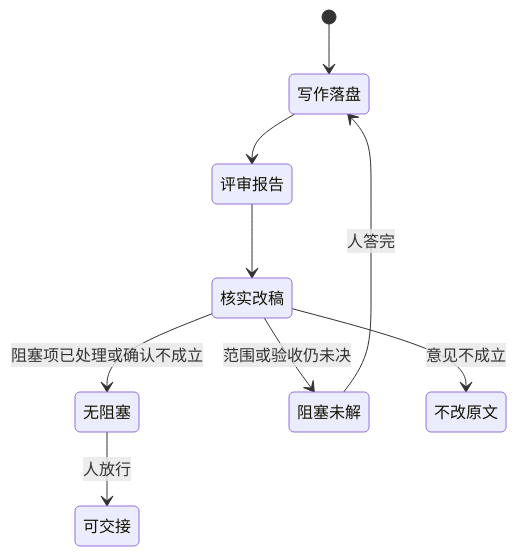
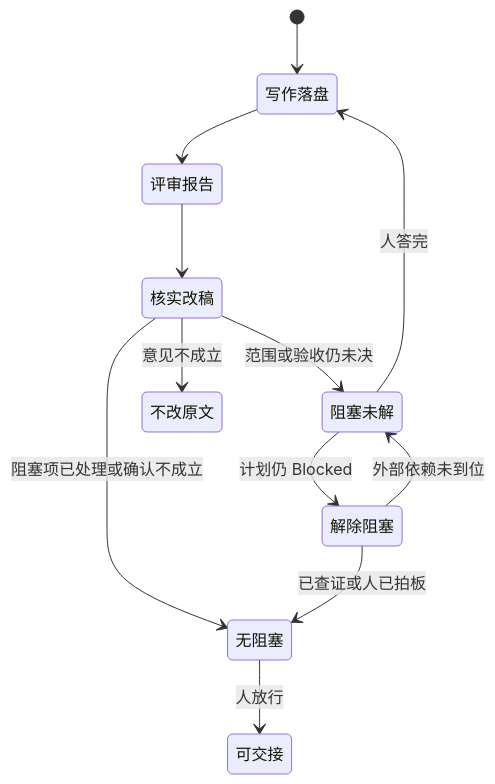
The diagram in docs/ai-native-sdlc.md (XGENT-ai/skills), drawn with Mermaid before and after one commit. The commit also changed other lines of this file and 12 other files, not shown here.

````diff
--- a/docs/ai-native-sdlc.md
+++ b/docs/ai-native-sdlc.md
@@ -43,11 +44,14 @@
 ```mermaid
 stateDiagram-v2
   [*] --> 写作落盘
   写作落盘 --> 评审报告
   评审报告 --> 核实改稿
   核实改稿 --> 无阻塞: 阻塞项已处理或确认不成立
   无阻塞 --> 可交接: 人放行
   核实改稿 --> 阻塞未解: 范围或验收仍未决
   阻塞未解 --> 写作落盘: 人答完
+  阻塞未解 --> 解除阻塞: 计划仍 Blocked
+  解除阻塞 --> 无阻塞: 已查证或人已拍板
+  解除阻塞 --> 阻塞未解: 外部依赖未到位
   核实改稿 --> 不改原文: 意见不成立
 ```
````
